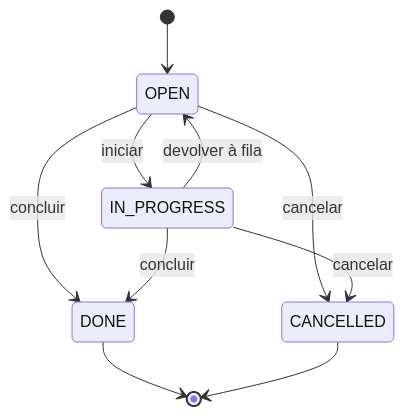
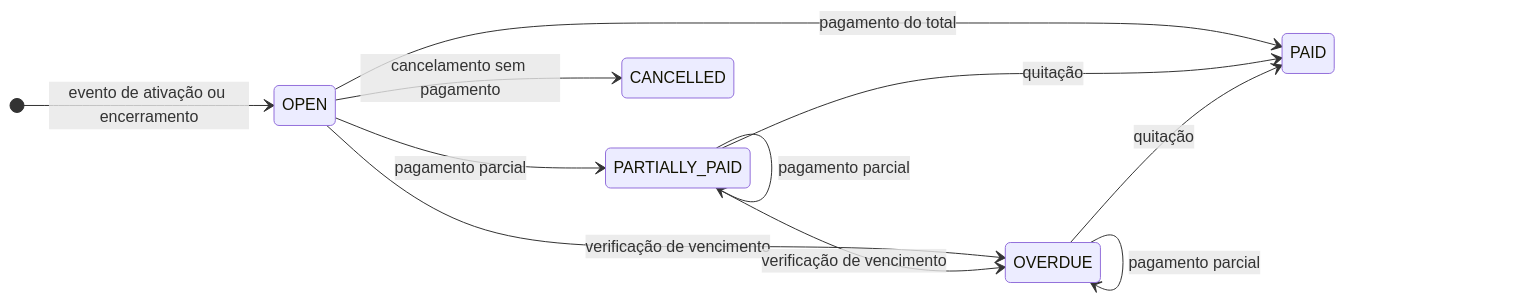
The seventh of 8 diagrams in docs/arquitetura/FLUXOS_INTEGRACAO.md (Roger-Quinelato/projetoAplicado7), drawn with Mermaid before and after one commit. The commit also changed other lines of this file and 136 other files, not shown here.

````diff
--- a/docs/arquitetura/FLUXOS_INTEGRACAO.md
+++ b/docs/arquitetura/FLUXOS_INTEGRACAO.md
@@ -295,12 +319,14 @@
 ```mermaid
 stateDiagram-v2
-    [*] --> OPEN
-    OPEN --> IN_PROGRESS: iniciar
-    IN_PROGRESS --> OPEN: devolver à fila
-    OPEN --> DONE: concluir
-    IN_PROGRESS --> DONE: concluir
-    OPEN --> CANCELLED: cancelar
-    IN_PROGRESS --> CANCELLED: cancelar
-    DONE --> [*]
-    CANCELLED --> [*]
+    direction LR
+    [*] --> OPEN: evento de ativação ou encerramento
+    OPEN --> PARTIALLY_PAID: pagamento parcial
+    OPEN --> PAID: pagamento do total
+    OPEN --> OVERDUE: verificação de vencimento
+    OPEN --> CANCELLED: cancelamento sem pagamento
+    PARTIALLY_PAID --> PARTIALLY_PAID: pagamento parcial
+    PARTIALLY_PAID --> PAID: quitação
+    PARTIALLY_PAID --> OVERDUE: verificação de vencimento
+    OVERDUE --> OVERDUE: pagamento parcial
+    OVERDUE --> PAID: quitação
 ```
````
